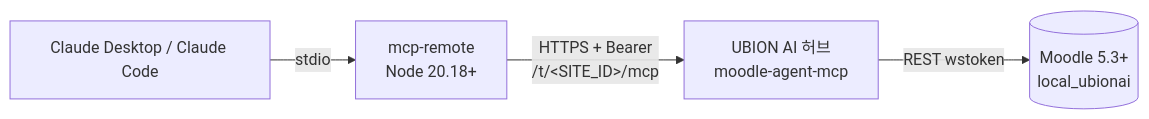
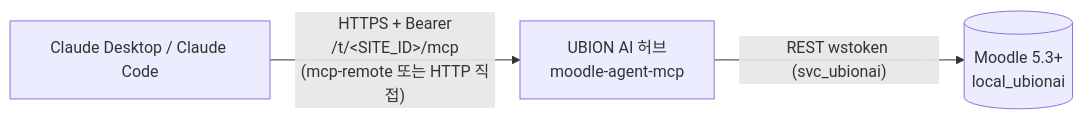
The first of 2 diagrams in docs/claude/GUIDE-ko.md (scottnaddle/moodle-local_ubionai), drawn with Mermaid before and after one commit. The commit also changed other lines of this file, not shown here.

First line of the commit message:
docs: expand Korean Claude guide with source-backed setup, auth and safety notes

````diff
--- a/docs/claude/GUIDE-ko.md
+++ b/docs/claude/GUIDE-ko.md
@@ -8,6 +18,5 @@
 ```mermaid
 flowchart LR
-  C[Claude Desktop / Claude Code] -- stdio --> R[mcp-remote<br/>Node 20.18+]
-  R -- "HTTPS + Bearer<br/>/t/&lt;SITE_ID&gt;/mcp" --> H[UBION AI 허브<br/>moodle-agent-mcp]
-  H -- "REST wstoken" --> M[(Moodle 5.3+ <br/>local_ubionai)]
+  C[Claude Desktop / Claude Code] -- "HTTPS + Bearer<br/>/t/&lt;SITE_ID&gt;/mcp<br/>(mcp-remote 또는 HTTP 직접)" --> H[UBION AI 허브<br/>moodle-agent-mcp]
+  H -- "REST wstoken (svc_ubionai)" --> M[(Moodle 5.3+<br/>local_ubionai)]
 ```
````
